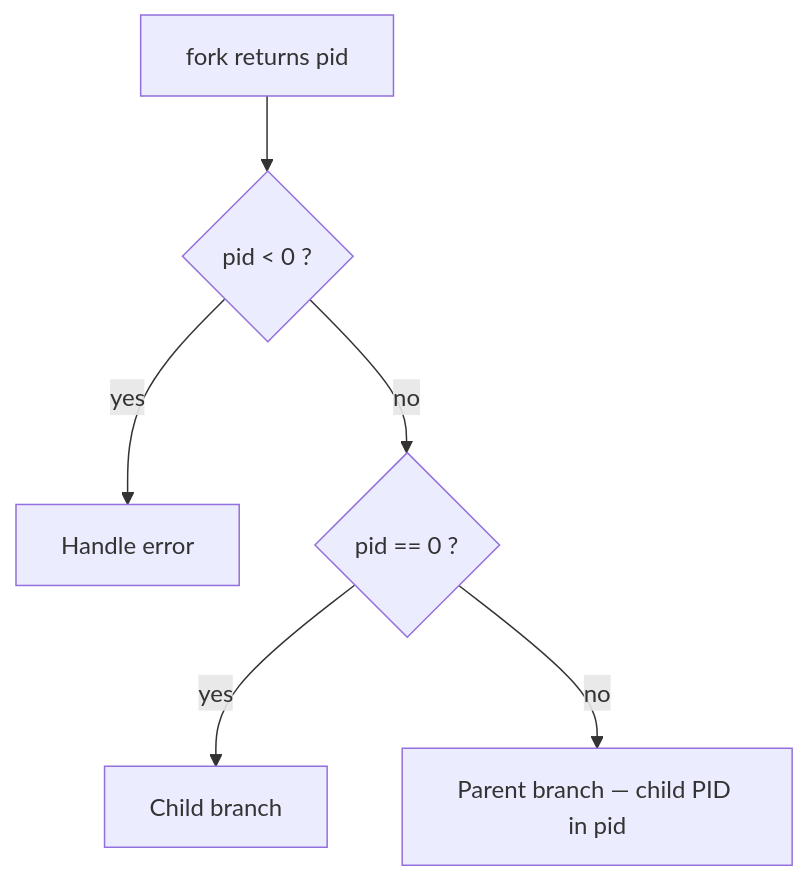
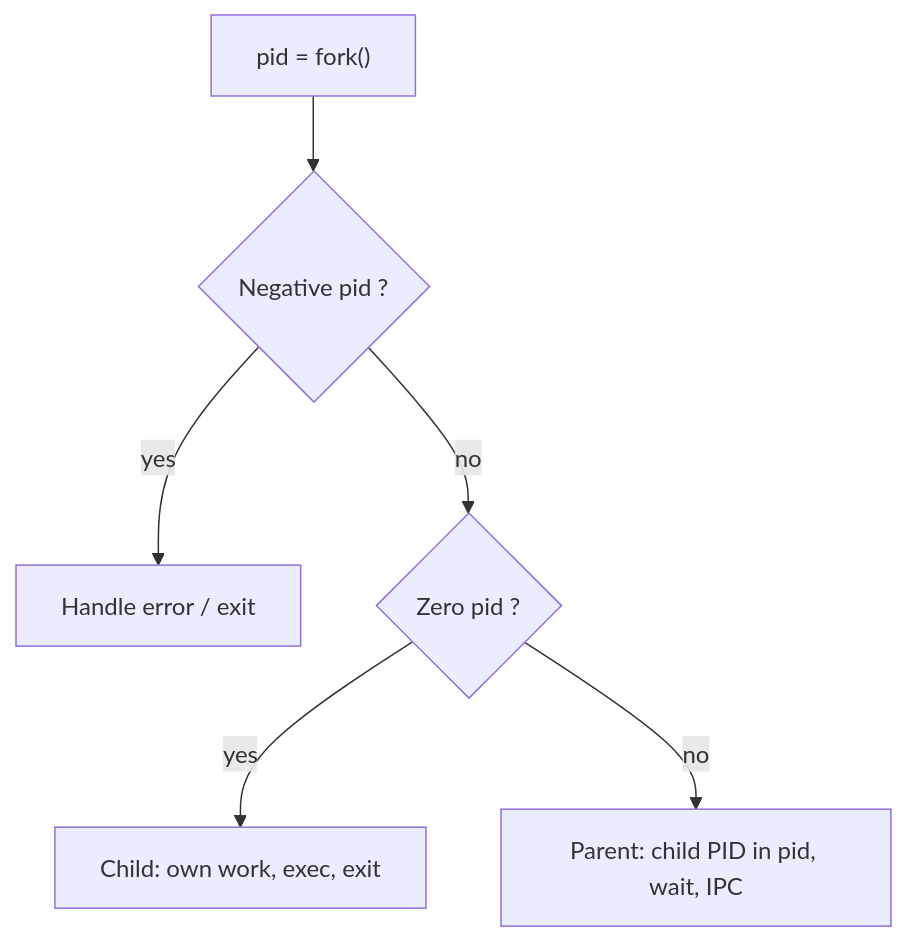
Before and after one commit to Harshnath628/MD2PDF: the first of 6 diagrams in Misc/OS_Practical_4_Process_and_Thread_Management.md, drawn with Mermaid. The commit also changed other lines of this file and 8070 other files, not shown here.

Commit message:
Stable_version_after_mermaid

````diff
--- a/Misc/OS_Practical_4_Process_and_Thread_Management.md
+++ b/Misc/OS_Practical_4_Process_and_Thread_Management.md
@@ -46,8 +17,8 @@
 ```mermaid
 flowchart TD
-    A[fork returns pid] --> B{"pid < 0 ?"}
-    B -->|yes| C[Handle error]
-    B -->|no| D{"pid == 0 ?"}
-    D -->|yes| E[Child branch]
-    D -->|no| F[Parent branch — child PID in pid]
+    startNode["pid = fork()"] --> checkErr{"Negative pid ?"}
+    checkErr -->|yes| errNode["Handle error / exit"]
+    checkErr -->|no| checkChild{"Zero pid ?"}
+    checkChild -->|yes| childNode["Child: own work, exec, exit"]
+    checkChild -->|no| parentNode["Parent: child PID in pid, wait, IPC"]
 ```
````
